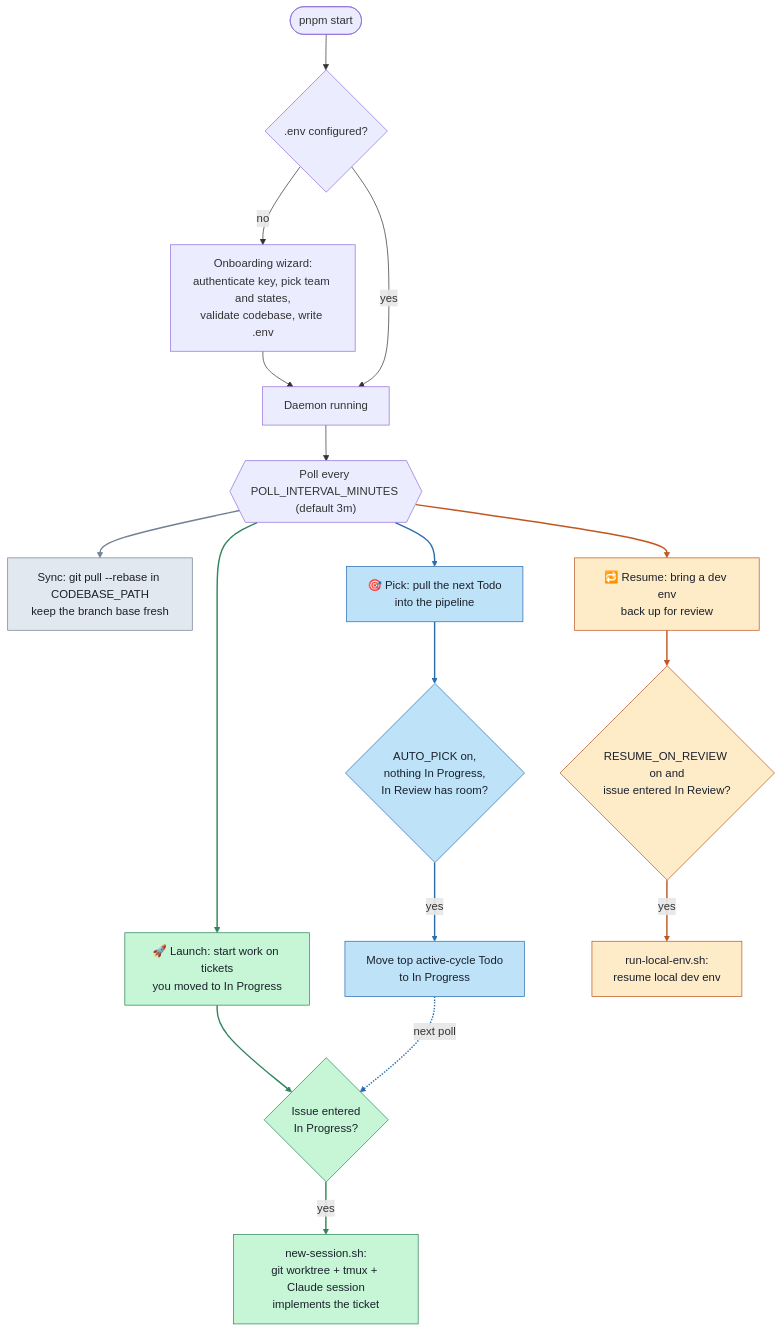
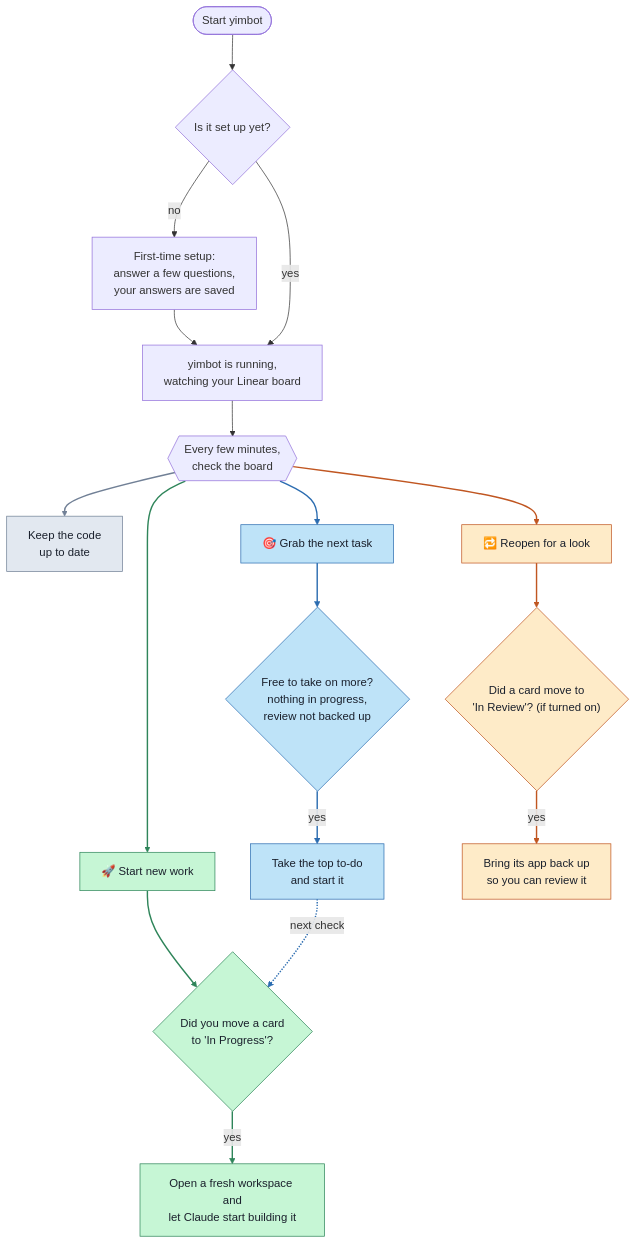
One commit to YiminArava4508/yimbot changed the diagram in README.md. Above: the diagram before and after it, drawn with Mermaid. The commit also changed other lines of this file, not shown here.

Commit message:
docs: plain-language rewrite of the README workflow flowchart
Strips env-var names, script names, and worktree/tmux jargon from the
flowchart, intro, and legend so it reads for a non-technical audience.
Keeps the colored three-path structure and purpose labels (settings
names retained as small asides).

````diff
--- a/README.md
+++ b/README.md
@@ -24,37 +24,37 @@
 ```mermaid
 flowchart TD
-    A(["pnpm start"]) --> B{".env configured?"}
-    B -- no --> W["Onboarding wizard:<br/>authenticate key, pick team and states,<br/>validate codebase, write .env"]
-    W --> C["Daemon running"]
+    A(["Start yimbot"]) --> B{"Is it set up yet?"}
+    B -- no --> W["First-time setup:<br/>answer a few questions,<br/>your answers are saved"]
+    W --> C["yimbot is running,<br/>watching your Linear board"]
     B -- yes --> C
 
-    C --> P{{"Poll every POLL_INTERVAL_MINUTES (default 3m)"}}
+    C --> P{{"Every few minutes,<br/>check the board"}}
 
-    P --> S["Sync: git pull --rebase in CODEBASE_PATH<br/>keep the branch base fresh"]
+    P --> S["Keep the code<br/>up to date"]
 
-    P --> G1["🚀 Launch: start work on tickets<br/>you moved to In Progress"]
-    G1 --> T1{"Issue entered<br/>In Progress?"}
-    T1 -- yes --> L["new-session.sh:<br/>git worktree + tmux + Claude session<br/>implements the ticket"]
+    P --> G1["🚀 Start new work"]
+    G1 --> T1{"Did you move a card<br/>to 'In Progress'?"}
+    T1 -- yes --> L["Open a fresh workspace and<br/>let Claude start building it"]
 
-    P --> G2["🎯 Pick: pull the next Todo<br/>into the pipeline"]
-    G2 --> PK{"AUTO_PICK on,<br/>nothing In Progress,<br/>In Review has room?"}
-    PK -- yes --> M["Move top active-cycle Todo<br/>to In Progress"]
-    M -.->|next poll| T1
+    P --> G2["🎯 Grab the next task"]
+    G2 --> PK{"Free to take on more?<br/>nothing in progress,<br/>review not backed up"}
+    PK -- yes --> M["Take the top to-do<br/>and start it"]
+    M -.->|next check| T1
 
-    P --> G3["🔁 Resume: bring a dev env<br/>back up for review"]
-    G3 --> T2{"RESUME_ON_REVIEW on and<br/>issue entered In Review?"}
-    T2 -- yes --> R["run-local-env.sh:<br/>resume local dev env"]
+    P --> G3["🔁 Reopen for a look"]
+    G3 --> T2{"Did a card move to<br/>'In Review'? (if turned on)"}
+    T2 -- yes --> R["Bring its app back up<br/>so you can review it"]
 
     classDef launch fill:#c6f6d5,stroke:#2f855a,color:#1a202c;
     classDef pick fill:#bee3f8,stroke:#2b6cb0,color:#1a202c;
     classDef resume fill:#feebc8,stroke:#c05621,color:#1a202c;
     classDef sync fill:#e2e8f0,stroke:#718096,color:#1a202c;
     class G1,T1,L launch;
     class G2,PK,M pick;
     class G3,T2,R resume;
     class S sync;
     linkStyle 5 stroke:#718096,stroke-width:2px;
     linkStyle 6,7,8 stroke:#2f855a,stroke-width:2px;
     linkStyle 9,10,11,12 stroke:#2b6cb0,stroke-width:2px;
     linkStyle 13,14,15 stroke:#c05621,stroke-width:2px;
 ```
````
